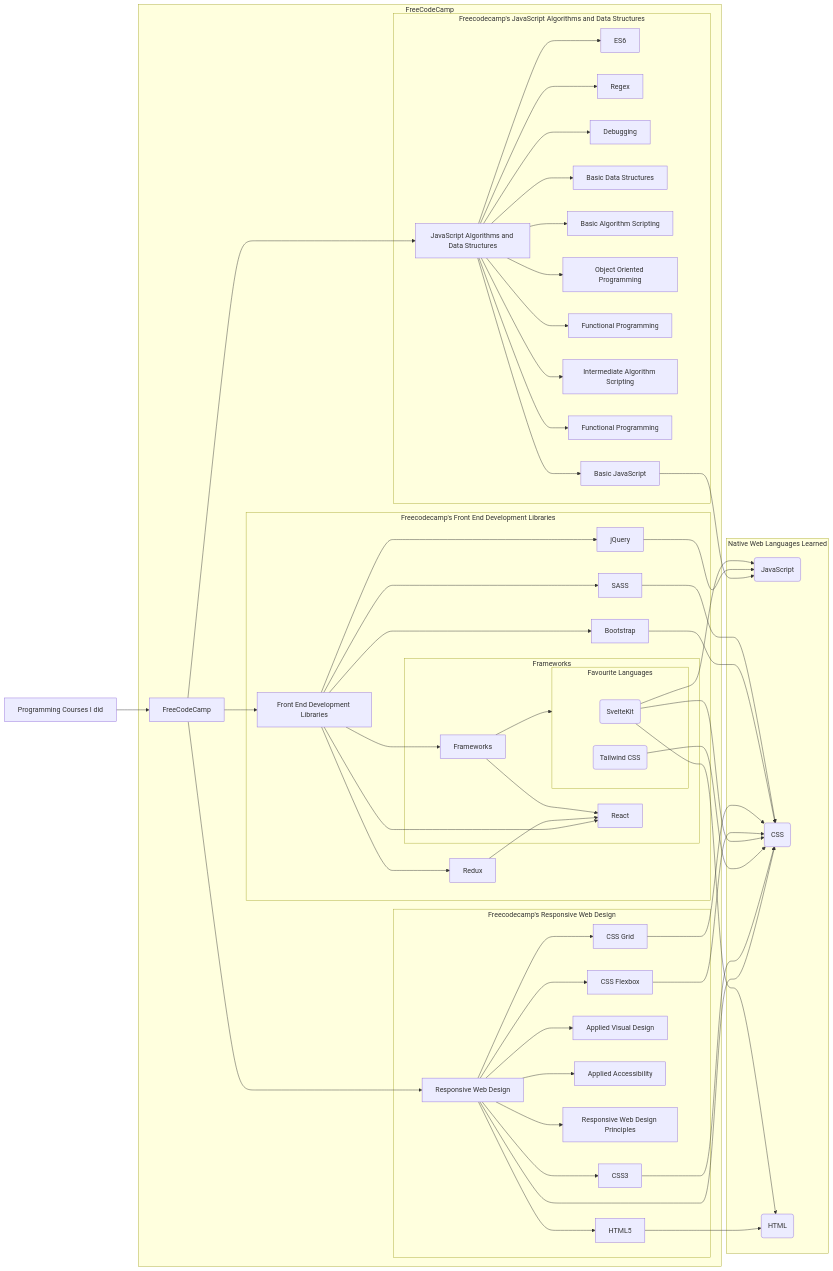
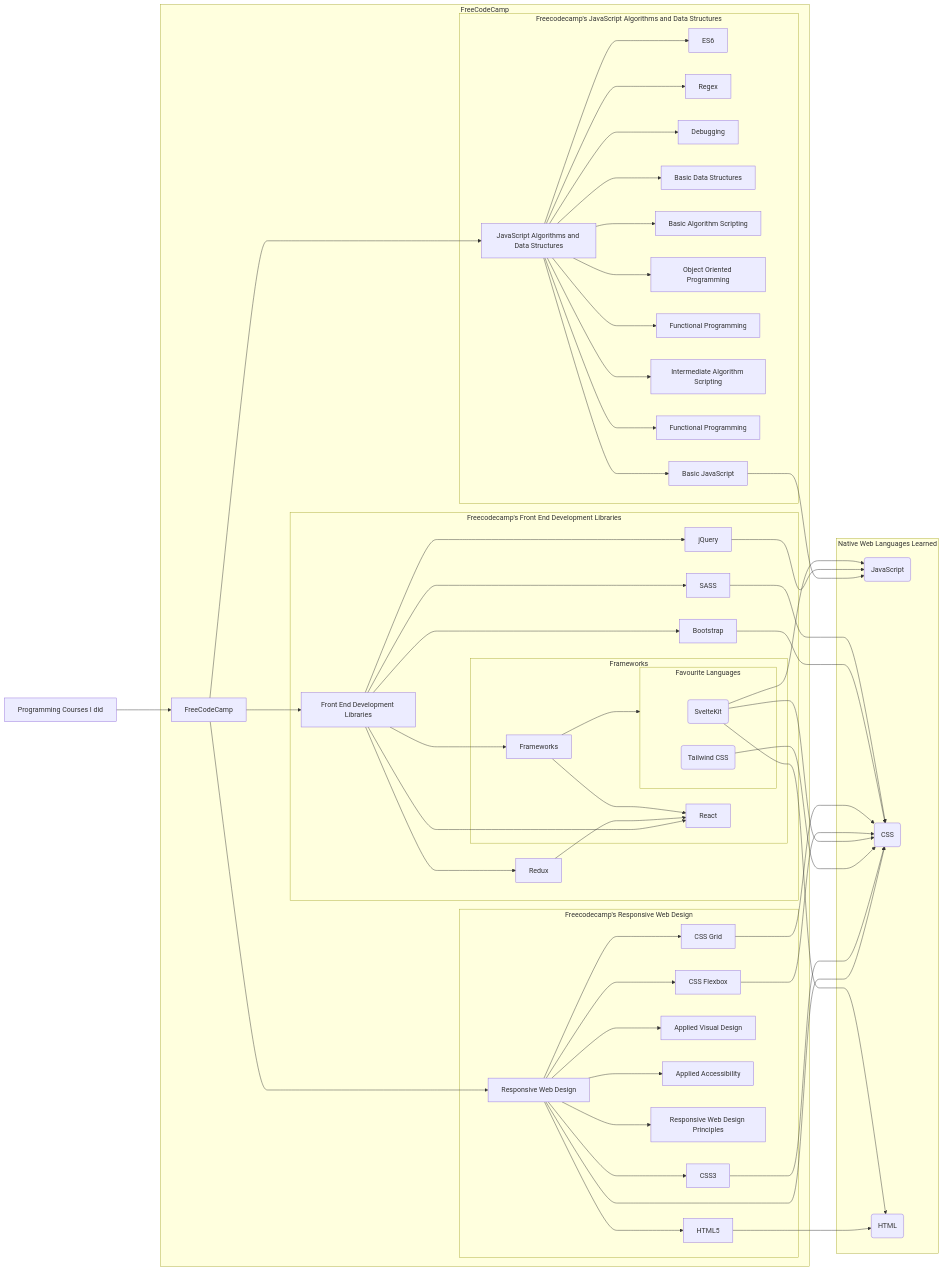
The diagram in README.md (Laaouatni/Laaouatni), drawn with Mermaid before and after one commit.

Commit message:
longer arrows

````diff
--- a/README.md
+++ b/README.md
@@ -63,9 +63,9 @@
 flowchart LR
     d[Programming Courses I did]
 
-    d   --> d0[FreeCodeCamp]
+    d   ---> d0[FreeCodeCamp]
 
-    %% native --> langs
+    %% native ---> langs
     subgraph Native Web Languages Learned
         c12(JavaScript)
         c11(CSS)
@@ -73,58 +73,58 @@
     end
 
     subgraph FreeCodeCamp
-    %% Freecodecamp --> Courses
-        d0  --> d01[Responsive Web Design]
-        d0  --> d02[JavaScript Algorithms and Data Structures]
-        d0  --> d03[Front End Development Libraries]
-        %% FCC Responsive Web Design --> Concepts
+    %% Freecodecamp ---> Courses
+        d0  ---> d01[Responsive Web Design]
+        d0  ---> d02[JavaScript Algorithms and Data Structures]
+        d0  ---> d03[Front End Development Libraries]
+        %% FCC Responsive Web Design ---> Concepts
         subgraph fcc1 [Freecodecamp's Responsive Web Design]
-            d01 --> c11 
-            d01 --> d0101[HTML5]
-            d01 --> d0102[CSS3]
-            d01 --> d010[Applied Visual Design]
-            d01 --> d011[Applied Accessibility]
-            d01 --> d012[Responsive Web Design Principles]
-            d01 --> d013[CSS Flexbox]
-            d01 --> d014[CSS Grid]
+            d01 ---> c11 
+            d01 ---> d0101[HTML5]
+            d01 ---> d0102[CSS3]
+            d01 ---> d010[Applied Visual Design]
+            d01 ---> d011[Applied Accessibility]
+            d01 ---> d012[Responsive Web Design Principles]
+            d01 ---> d013[CSS Flexbox]
+            d01 ---> d014[CSS Grid]
 
-            d0101 --> c10
-            d0102 --> c11
+            d0101 ---> c10
+            d0102 ---> c11
         end
 
-        %% FCC JS --> Concepts
+        %% FCC JS ---> Concepts
         subgraph fcc2 [Freecodecamp's JavaScript Algorithms and Data Structures]
-            d02 --> d020[ES6]
-            d02 --> d021[Regex]
-            d02 --> d022[Debugging]
-            d02 --> d023[Basic Data Structures]
-            d02 --> d024[Basic Algorithm Scripting]
-            d02 --> d025[Object Oriented Programming]
-            d02 --> d026[Functional Programming]
-            d02 --> d027[Intermediate Algorithm Scripting]
-            d02 --> d028[Functional Programming]
+            d02 ---> d020[ES6]
+            d02 ---> d021[Regex]
+            d02 ---> d022[Debugging]
+            d02 ---> d023[Basic Data Structures]
+            d02 ---> d024[Basic Algorithm Scripting]
+            d02 ---> d025[Object Oriented Programming]
+            d02 ---> d026[Functional Programming]
+            d02 ---> d027[Intermediate Algorithm Scripting]
+            d02 ---> d028[Functional Programming]
 
-            d02 --> d0201[Basic JavaScript]
-            d0201 --> c12
+            d02 ---> d0201[Basic JavaScript]
+            d0201 ---> c12
         end
 
-        %% FCC Front End Dev --> Concepts
+        %% FCC Front End Dev ---> Concepts
         subgraph fcc3 [Freecodecamp's Front End Development Libraries]
-            d03 --> d030[Bootstrap]
-            d03 --> d032[SASS]
-            d03 --> d034[Redux]
-            d03 --> d031[jQuery]
-            d03 --> d033[React]
+            d03 ---> d030[Bootstrap]
+            d03 ---> d032[SASS]
+            d03 ---> d034[Redux]
+            d03 ---> d031[jQuery]
+            d03 ---> d033[React]
 
-            d034 --> d033
-            d03 --> c0
+            d034 ---> d033
+            d03 ---> c0
 
             subgraph Frameworks
-                c0[Frameworks] --> d033
+                c0[Frameworks] ---> d033
 
-                c0 --> favLangs
+                c0 ---> favLangs
 
-                %% favourite ones --> langs
+                %% favourite ones ---> langs
                 subgraph favLangs [Favourite Languages]
                     c011(SvelteKit);
                     c012(Tailwind CSS);
@@ -133,22 +133,22 @@
         end
     end
 
-    d031 --> c12
+    d031 ---> c12
 
-    %% tailwind --> programming languages related
-    c012 --> c11
+    %% tailwind ---> programming languages related
+    c012 ---> c11
 
-    %% sveltekit --> languages used
-    c011 --> c10  
-    c011 --> c11 
-    c011 --> c12 
+    %% sveltekit ---> languages used
+    c011 ---> c10  
+    c011 ---> c11 
+    c011 ---> c12 
 
-    %% FCC langs --> CSS
+    %% FCC langs ---> CSS
     %%%% Responsive 
-    d013[CSS Flexbox]   --> c11
-    d014[CSS Grid]      --> c11
+    d013[CSS Flexbox]   ---> c11
+    d014[CSS Grid]      ---> c11
     %%%% Frontend
-    d030                --> c11
-    d032                --> c11
+    d030                ---> c11
+    d032                ---> c11
 
 ```
````
